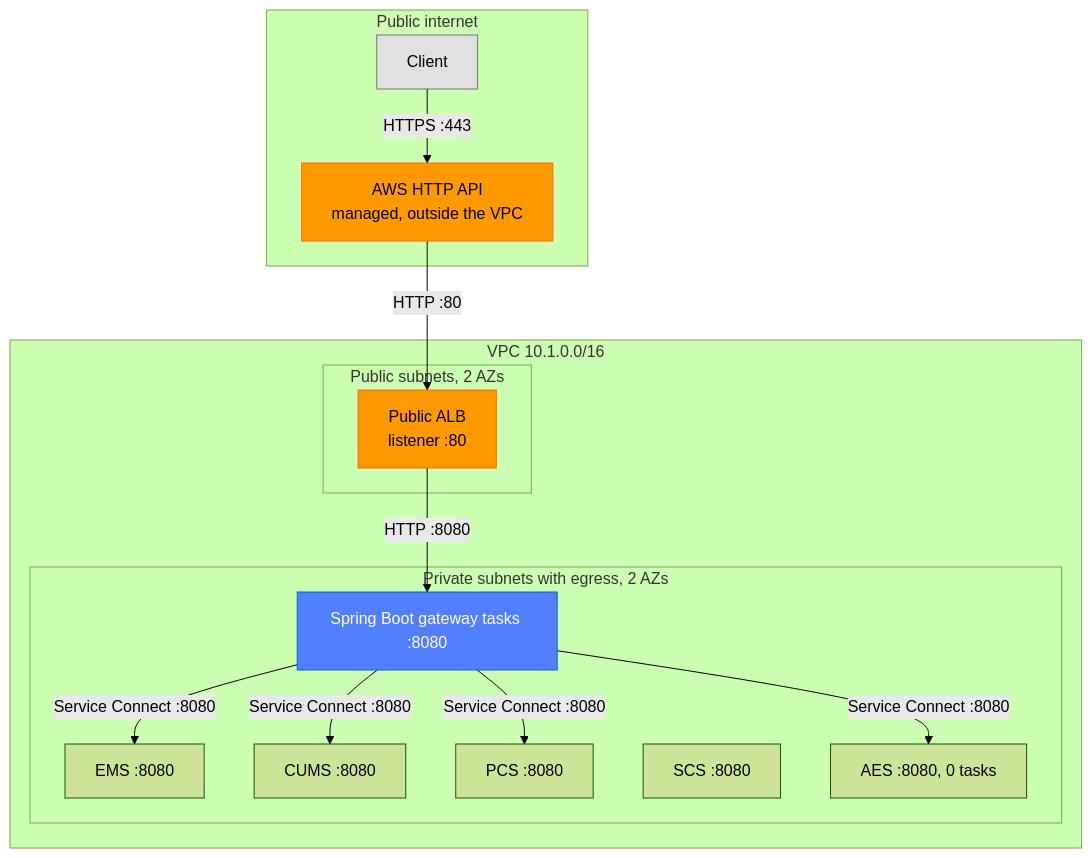
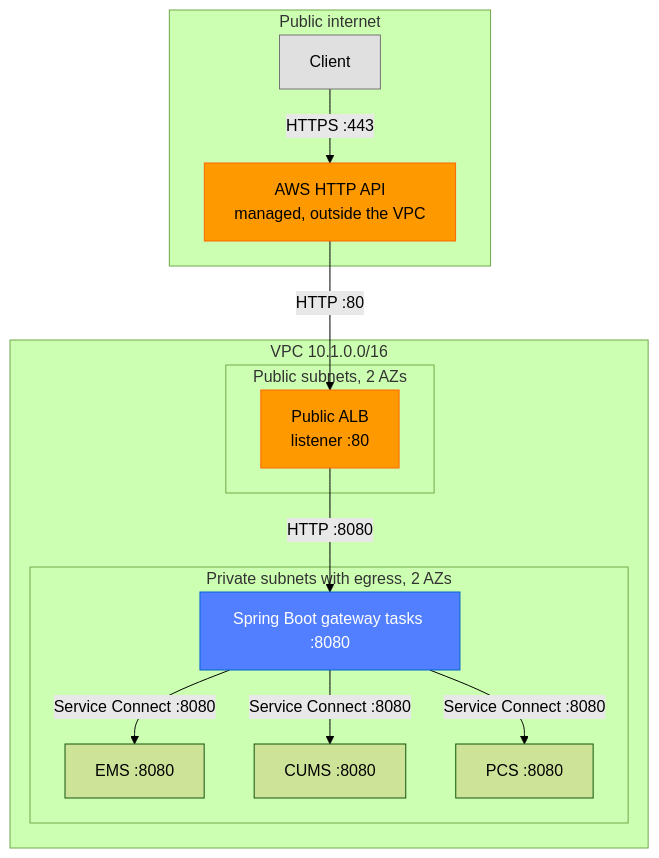
One commit to nissimbuchs/BATbern2 changed diagram 11 of 26 in docs/architecture/02-infrastructure-deployment.md. Above: the diagram before and after it, drawn with Mermaid (forest theme). The commit also changed other lines of this file and 392 other files, not shown here.

First line of the commit message:
feat(architecture): Epic 17 first batch: test fidelity, dead surface removed, API and module gates (17.0a-17.5, 17.3b) (#1258)

````diff
--- a/docs/architecture/02-infrastructure-deployment.md
+++ b/docs/architecture/02-infrastructure-deployment.md
@@ -615,31 +600,29 @@
 ```mermaid
 graph TB
     subgraph INET["Public internet"]
         CLIENT["Client"]
         HTTPAPI["AWS HTTP API<br/>managed, outside the VPC"]
     end
 
     subgraph VPC["VPC 10.1.0.0/16"]
         subgraph PUB["Public subnets, 2 AZs"]
             ALB_PUBLIC["Public ALB<br/>listener :80"]
         end
         subgraph PRIV["Private subnets with egress, 2 AZs"]
             GW_TASKS["Spring Boot gateway tasks :8080"]
             SVC_EM["EMS :8080"]
             SVC_CM["CUMS :8080"]
             SVC_PC["PCS :8080"]
-            SVC_SC["SCS :8080"]
-            SVC_AE["AES :8080, 0 tasks"]
         end
     end
 
     CLIENT -->|"HTTPS :443"| HTTPAPI
     HTTPAPI -->|"HTTP :80"| ALB_PUBLIC
     ALB_PUBLIC -->|"HTTP :8080"| GW_TASKS
-    GW_TASKS -->|"Service Connect :8080"| SVC_EM & SVC_CM & SVC_PC & SVC_AE
+    GW_TASKS -->|"Service Connect :8080"| SVC_EM & SVC_CM & SVC_PC
 
     style CLIENT fill:#E0E0E0,stroke:#757575,color:#000
     style HTTPAPI fill:#FF9900,stroke:#FF6600,color:#000
     style ALB_PUBLIC fill:#FF9900,stroke:#FF6600,color:#000
     style GW_TASKS fill:#527FFF,stroke:#0066CC,color:#fff
 ```
````
